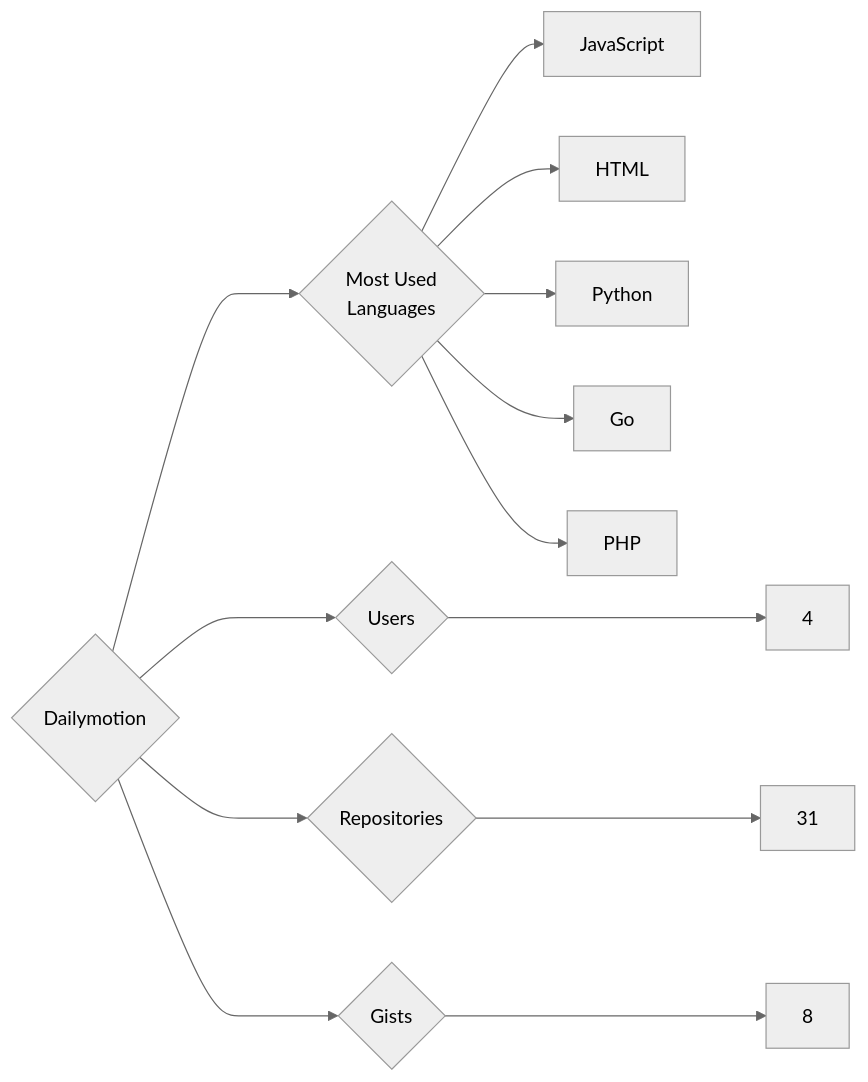
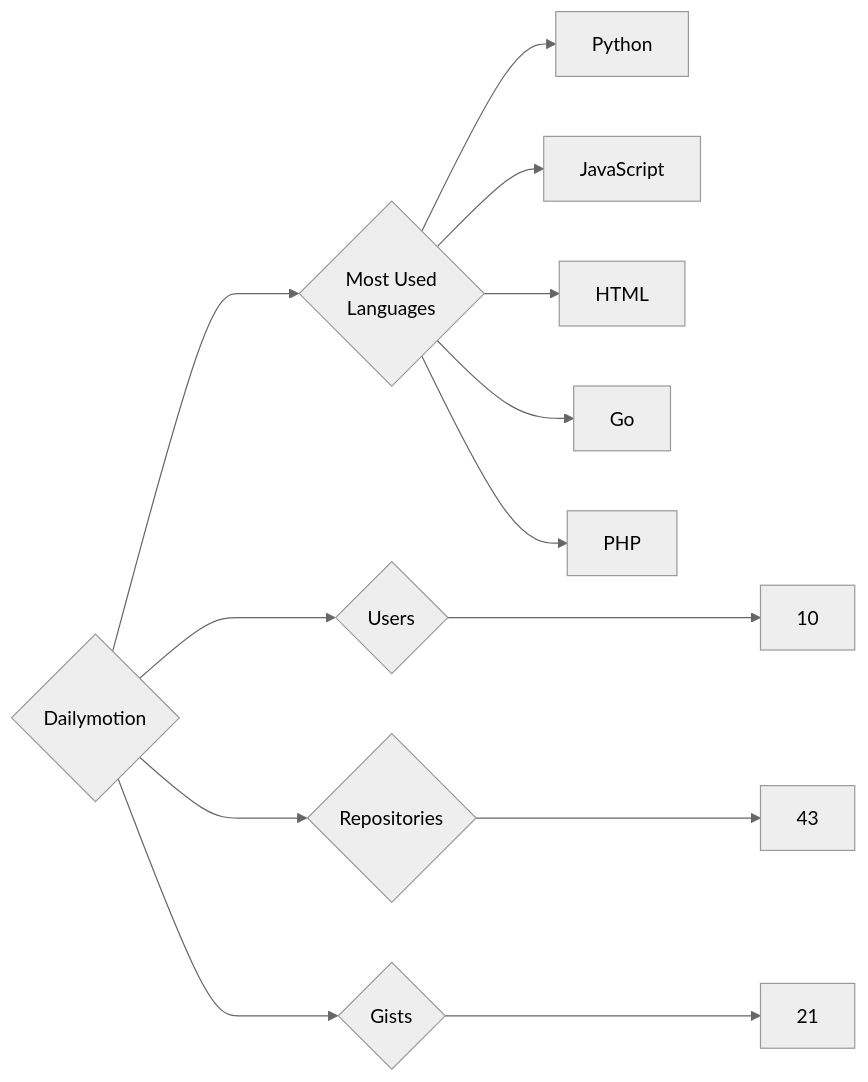
Before and after one commit to trickest/insiders: the diagram in targets/Dailymotion/README.md, drawn with Mermaid (neutral theme). The commit also changed 899 other files, not shown here.

````diff
--- a/targets/Dailymotion/README.md
+++ b/targets/Dailymotion/README.md
@@ -3,13 +3,13 @@
 ```mermaid
 graph LR
 COMPANY_NAME{Dailymotion}
-COMPANY_NAME ---> U{Users} ---> UN[4]
-COMPANY_NAME ---> R{Repositories} ---> RN[31]
-COMPANY_NAME ---> G{Gists} ---> GN[8]
+COMPANY_NAME ---> U{Users} ---> UN[10]
+COMPANY_NAME ---> R{Repositories} ---> RN[43]
+COMPANY_NAME ---> G{Gists} ---> GN[21]
 COMPANY_NAME ---> ML{Most Used<br>Languages}
+ML --> Python[Python]
 ML --> JavaScript[JavaScript]
 ML --> HTML[HTML]
-ML --> Python[Python]
 ML --> Go[Go]
 ML --> PHP[PHP]
 ```
````
